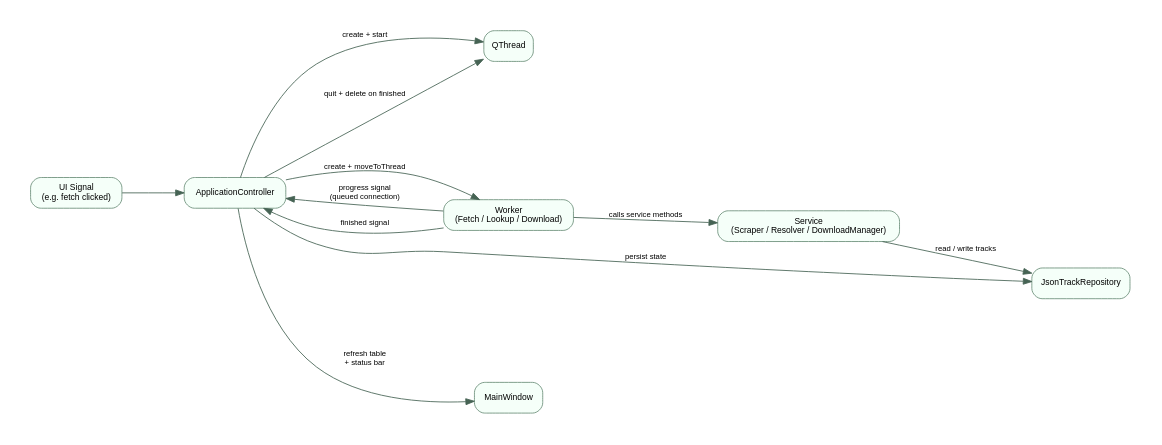
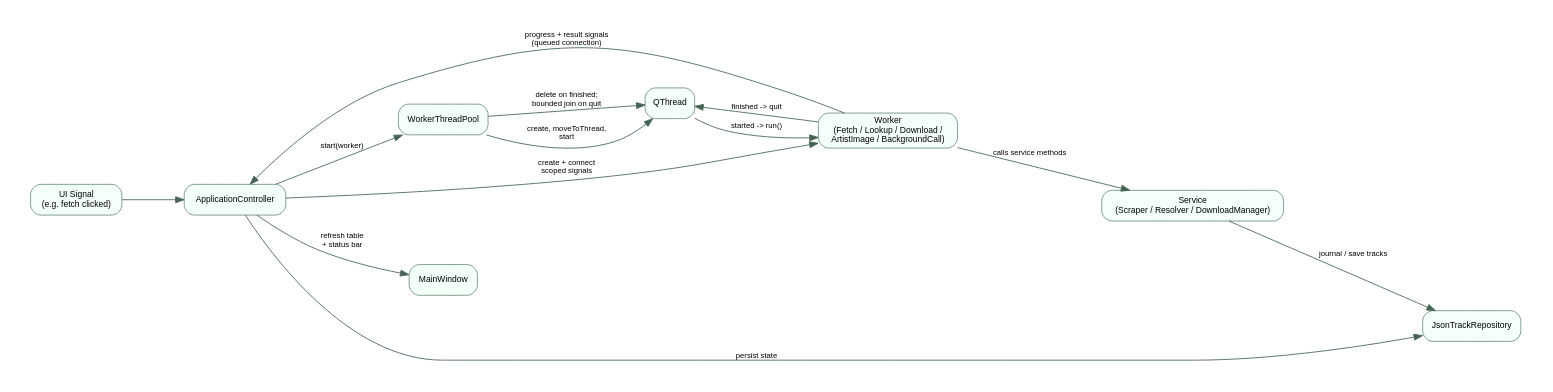
The fifth of 6 diagrams in docs/architecture.rst (marcelpetrick/myLastFmPlayer), drawn with Graphviz before and after one commit. The commit also changed other lines of this file and 20 other files, not shown here.

First line of the commit message:
docs: review all Markdown, refresh architecture; pin UI construction by snapshots (v0.0.209)

```diff
--- a/docs/architecture.rst
+++ b/docs/architecture.rst
@@ -333,28 +360,31 @@
 .. graphviz::
    :caption: Background worker lifecycle
 
    digraph worker_lifecycle {
        graph [rankdir=LR, pad=0.4, nodesep=0.7, ranksep=1.0];
        node [shape=box, style="rounded,filled", fontname="Helvetica", fontsize=10,
              fillcolor="#f5fff9", color="#6b8f7a"];
        edge [fontname="Helvetica", fontsize=9, color="#466354"];
 
        signal  [label="UI Signal\n(e.g. fetch clicked)"];
        ctrl    [label="ApplicationController"];
+       pool    [label="WorkerThreadPool"];
        thread  [label="QThread"];
-       worker  [label="Worker\n(Fetch / Lookup / Download)"];
+       worker  [label="Worker\n(Fetch / Lookup / Download /\nArtistImage / BackgroundCall)"];
        service [label="Service\n(Scraper / Resolver / DownloadManager)"];
        repo    [label="JsonTrackRepository"];
        ui      [label="MainWindow"];
 
        signal  -> ctrl;
-       ctrl    -> thread   [label="create + start"];
-       ctrl    -> worker   [label="create + moveToThread"];
+       ctrl    -> worker   [label="create + connect\nscoped signals"];
+       ctrl    -> pool     [label="start(worker)"];
+       pool    -> thread   [label="create, moveToThread,\nstart"];
+       thread  -> worker   [label="started -> run()"];
        worker  -> service  [label="calls service methods"];
-       service -> repo     [label="read / write tracks"];
-       worker  -> ctrl     [label="progress signal\n(queued connection)"];
-       worker  -> ctrl     [label="finished signal"];
+       service -> repo     [label="journal / save tracks"];
+       worker  -> ctrl     [label="progress + result signals\n(queued connection)"];
+       worker  -> thread   [label="finished -> quit"];
+       pool    -> thread   [label="delete on finished;\nbounded join on quit"];
        ctrl    -> repo     [label="persist state"];
        ctrl    -> ui       [label="refresh table\n+ status bar"];
-       ctrl    -> thread   [label="quit + delete on finished"];
    }
```
